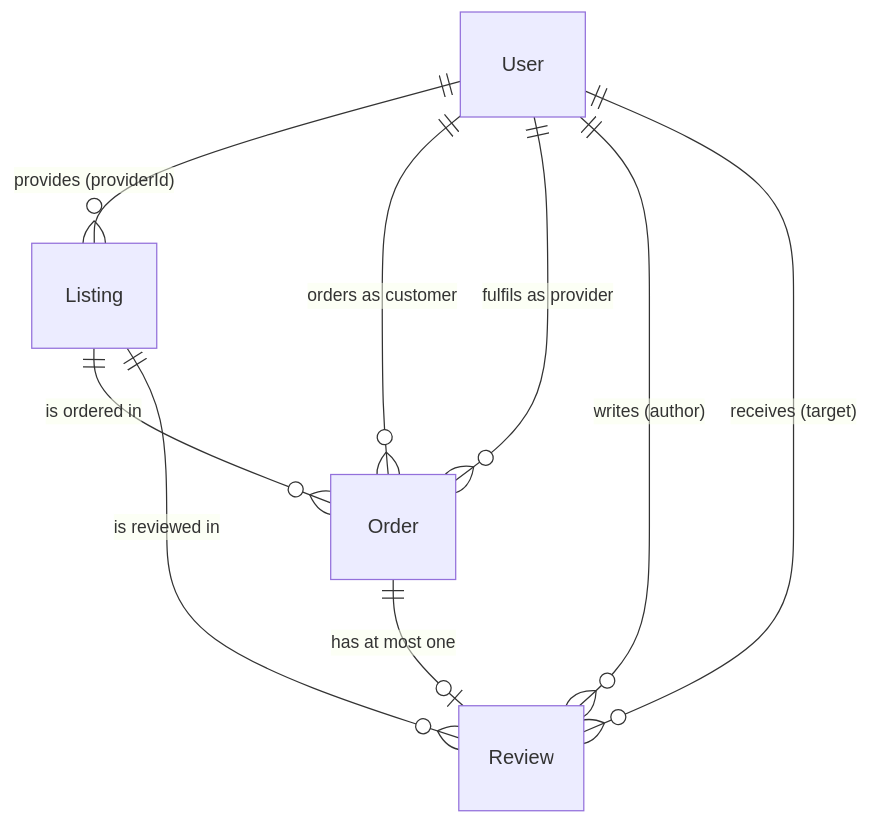
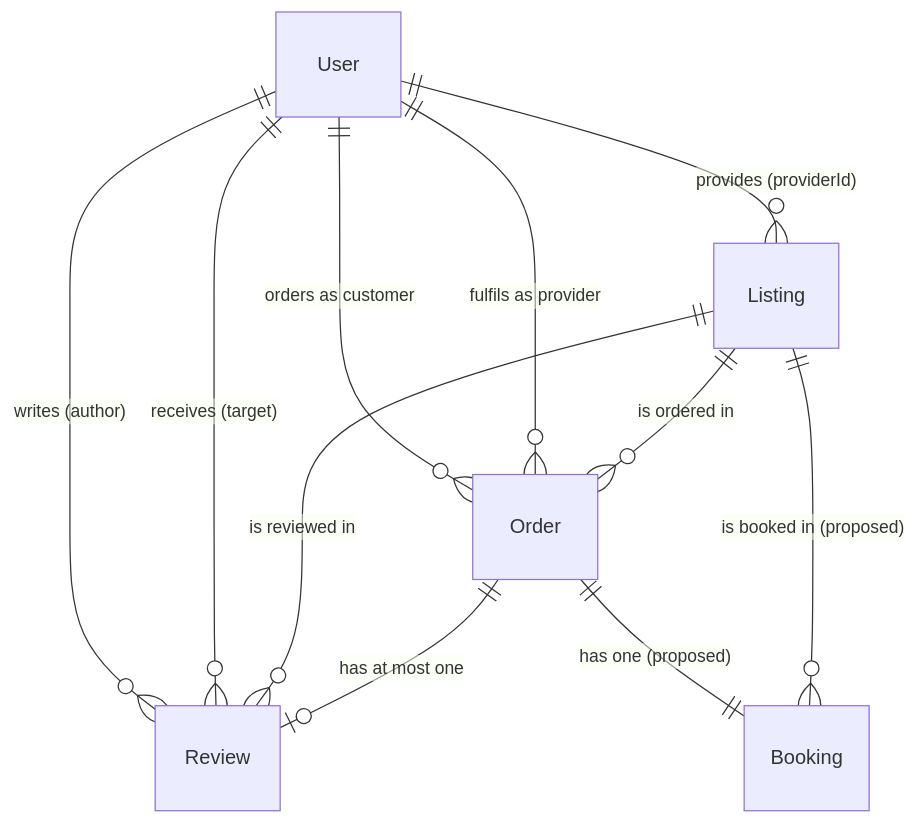
The third of 8 diagrams in docs/03-high-level-architecture.md (asrdjan/lease-platform), drawn with Mermaid before and after one commit. The commit also changed other lines of this file and 3 other files, not shown here.

Commit message:
docs: record pilot product decisions (D-01..D-09) and align requirements and architecture

````diff
--- a/docs/03-high-level-architecture.md
+++ b/docs/03-high-level-architecture.md
@@ -152,11 +153,13 @@
 ```mermaid
 erDiagram
     User ||--o{ Listing : "provides (providerId)"
     User ||--o{ Order : "orders as customer"
     User ||--o{ Order : "fulfils as provider"
     User ||--o{ Review : "writes (author)"
     User ||--o{ Review : "receives (target)"
     Listing ||--o{ Order : "is ordered in"
     Listing ||--o{ Review : "is reviewed in"
     Order ||--o| Review : "has at most one"
+    Order ||--|| Booking : "has one (proposed)"
+    Listing ||--o{ Booking : "is booked in (proposed)"
 ```
````
